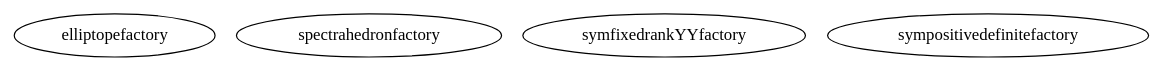
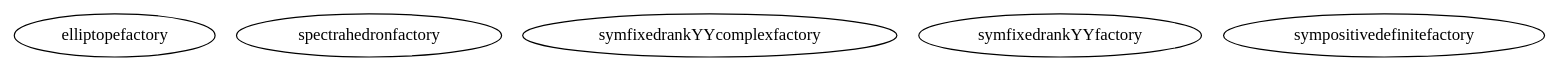
The diagram in web/reference/manopt/manifolds/symfixedrank/graph.dot (NicolasBoumal/manopt), drawn with Graphviz before and after one commit. The commit also changed 359 other files, not shown here.

```diff
--- a/web/reference/manopt/manifolds/symfixedrank/graph.dot
+++ b/web/reference/manopt/manifolds/symfixedrank/graph.dot
@@ -1,8 +1,9 @@
 /* Created by mdot for Matlab */
 digraph m2html {
 
   elliptopefactory [URL="elliptopefactory.html"];
   spectrahedronfactory [URL="spectrahedronfactory.html"];
+  symfixedrankYYcomplexfactory [URL="symfixedrankYYcomplexfactory.html"];
   symfixedrankYYfactory [URL="symfixedrankYYfactory.html"];
   sympositivedefinitefactory [URL="sympositivedefinitefactory.html"];
 }
```
